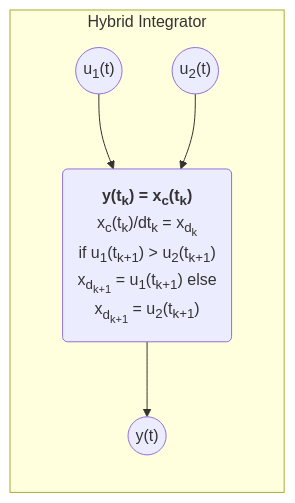
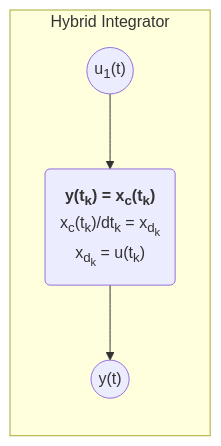
Before and after one commit to ghackenberg/kurs-systems-engineering: the diagram in Folien/02_Verhalten_und_Animationen/Diagramme/Block_Hybrid.mmd, drawn with Mermaid. The commit also changed 4 other files, not shown here.

```diff
--- a/Folien/02_Verhalten_und_Animationen/Diagramme/Block_Hybrid.mmd
+++ b/Folien/02_Verhalten_und_Animationen/Diagramme/Block_Hybrid.mmd
@@ -1,16 +1,14 @@
 flowchart TB
     subgraph "Hybrid Integrator"
         direction TB
 
-        f("<b>y(t<sub>k</sub>) = x<sub>c</sub>(t<sub>k</sub>)</b><br/>x<sub>c</sub>(t<sub>k</sub>)/dt<sub>k</sub> = x<sub>d<sub>k</sub></sub><br/>if u<sub>1</sub>(t<sub>k+1</sub>) > u<sub>2</sub>(t<sub>k+1</sub>)<br/>x<sub>d<sub>k+1</sub></sub> = u<sub>1</sub>(t<sub>k+1</sub>) else<br/>x<sub>d<sub>k+1</sub></sub> = u<sub>2</sub>(t<sub>k+1</sub>)")
+        f("<b>y(t<sub>k</sub>) = x<sub>c</sub>(t<sub>k</sub>)</b><br/>x<sub>c</sub>(t<sub>k</sub>)/dt<sub>k</sub> = x<sub>d<sub>k</sub></sub><br/>x<sub>d<sub>k</sub></sub> = u(t<sub>k</sub>)")
 
-        u1(("u<sub>1</sub>(t)"))
-        u2(("u<sub>2</sub>(t)"))
+        u(("u<sub>1</sub>(t)"))
          
         y(("y(t)"))
     end
 
-    u1 --> f
-    u2 --> f
+    u --> f
     
     f --> y
```
